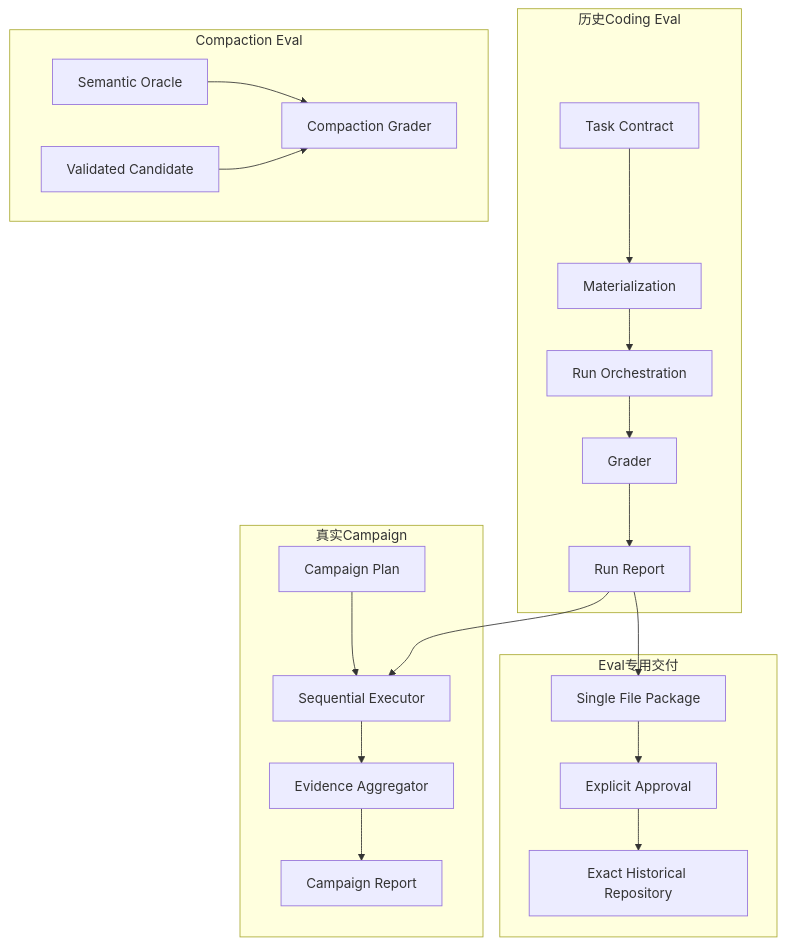
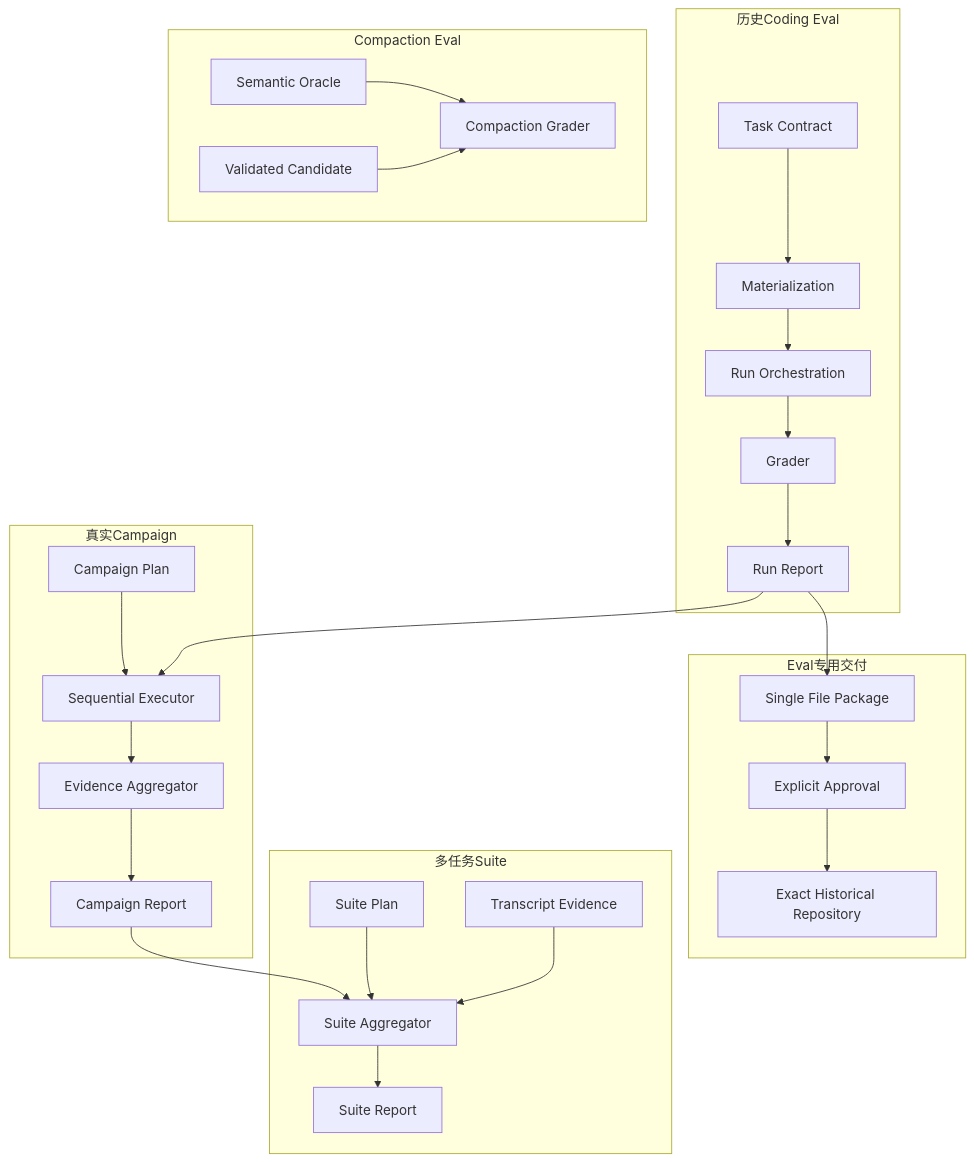
One commit to carrie1988/Harnessix changed the second of 17 diagrams in docs/modules/evals.md. Above: the diagram before and after it, drawn with Mermaid. The commit also changed other lines of this file and 21 other files, not shown here.

Commit message:
feat: 建立多仓库 Eval Suite 与 Transcript 证据

````diff
--- a/docs/modules/evals.md
+++ b/docs/modules/evals.md
@@ -245,24 +257,30 @@
 ```mermaid
 flowchart TB
     subgraph Historical[历史Coding Eval]
         T[Task Contract] --> M[Materialization]
         M --> R[Run Orchestration]
         R --> G[Grader]
         G --> RR[Run Report]
     end
     subgraph Campaigns[真实Campaign]
         CP[Campaign Plan] --> CE[Sequential Executor]
         RR --> CE
         CE --> CA[Evidence Aggregator]
         CA --> CR[Campaign Report]
     end
+    subgraph Suites[多任务Suite]
+        SP[Suite Plan] --> SA[Suite Aggregator]
+        CR --> SA
+        Transcript[Transcript Evidence] --> SA
+        SA --> SR[Suite Report]
+    end
     subgraph Compact[Compaction Eval]
         Oracle[Semantic Oracle] --> CG[Compaction Grader]
         Candidate[Validated Candidate] --> CG
     end
     subgraph LegacyDelivery[Eval专用交付]
         RR --> Package[Single File Package]
         Package --> Approval[Explicit Approval]
         Approval --> Target[Exact Historical Repository]
     end
 ```
````
